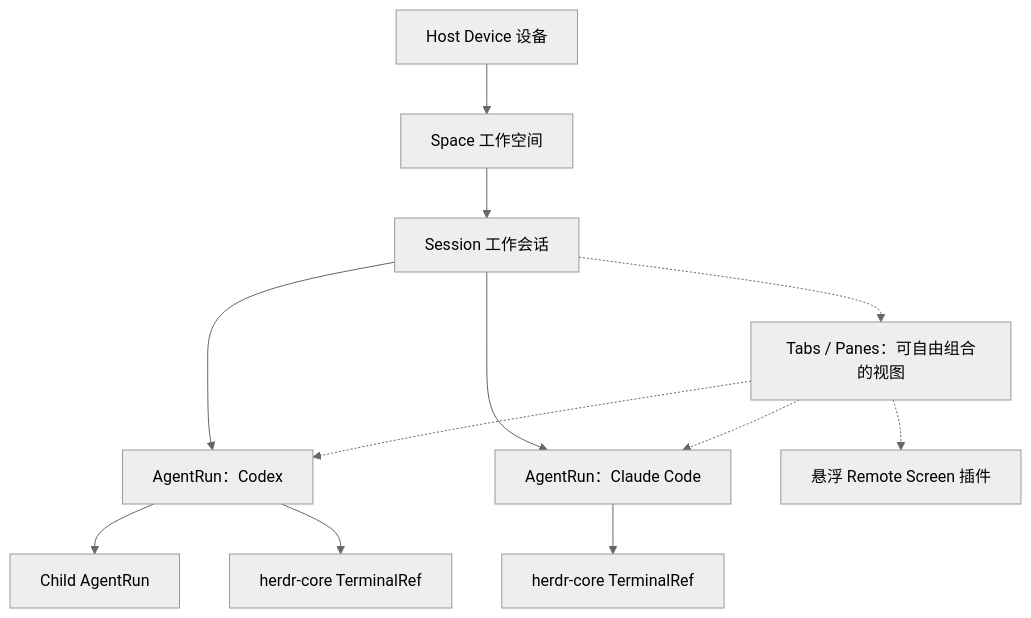
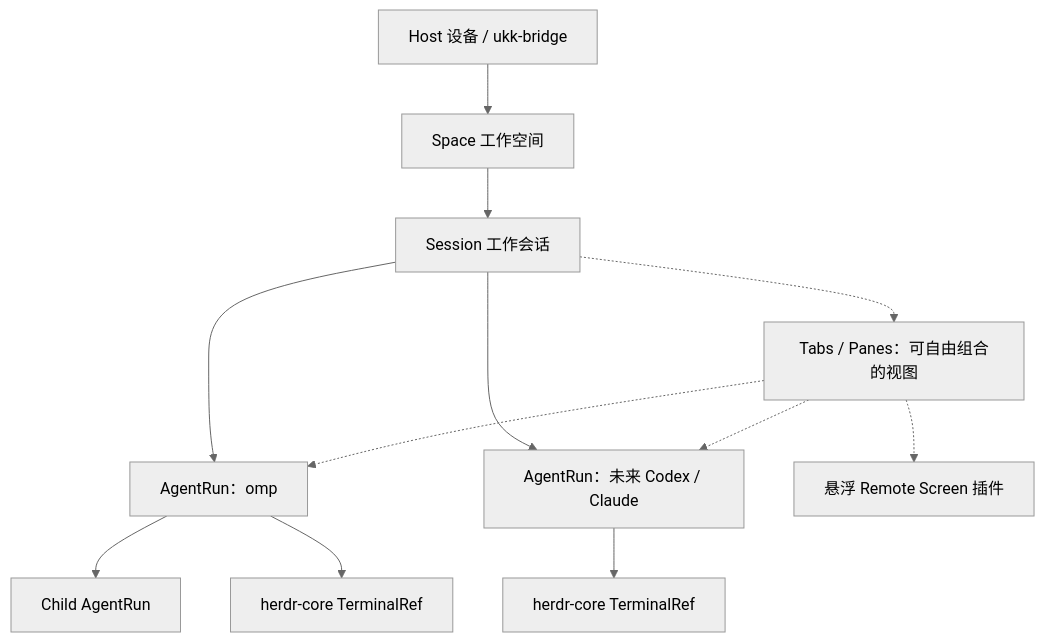
The second of 2 diagrams in docs/overview.zh-CN.md (suj1e/ukk), drawn with Mermaid (neutral theme) before and after one commit. The commit also changed other lines of this file and 481 other files, not shown here.

````diff
--- a/docs/overview.zh-CN.md
+++ b/docs/overview.zh-CN.md
@@ -61,14 +76,14 @@
 ```mermaid
 flowchart TD
-  Device["Host Device 设备"] --> Space["Space 工作空间"]
+  Device["Host 设备 / ukk-bridge"] --> Space["Space 工作空间"]
   Space --> Session["Session 工作会话"]
-  Session --> AR1["AgentRun：Codex"]
-  Session --> AR2["AgentRun：Claude Code"]
+  Session --> AR1["AgentRun：omp"]
+  Session --> AR2["AgentRun：未来 Codex / Claude"]
   AR1 --> Child["Child AgentRun"]
   AR1 --> PTY1["herdr-core TerminalRef"]
   AR2 --> PTY2["herdr-core TerminalRef"]
   Session -.-> Views["Tabs / Panes：可自由组合的视图"]
   Views -.-> AR1
   Views -.-> AR2
   Views -.-> Screen["悬浮 Remote Screen 插件"]
 ```
````
